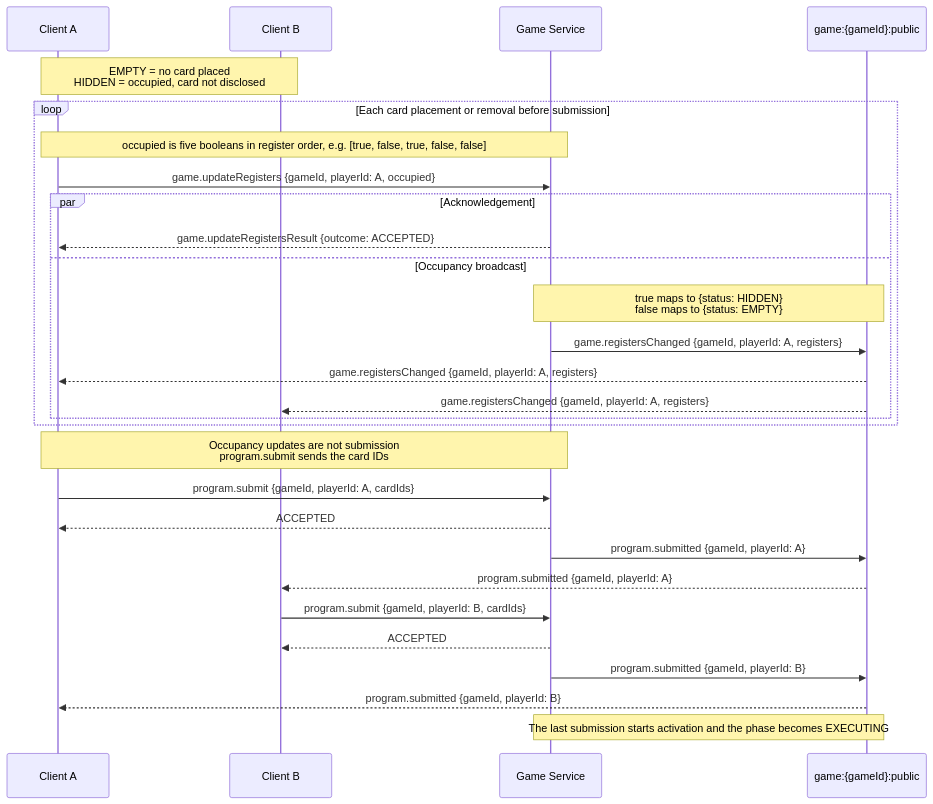
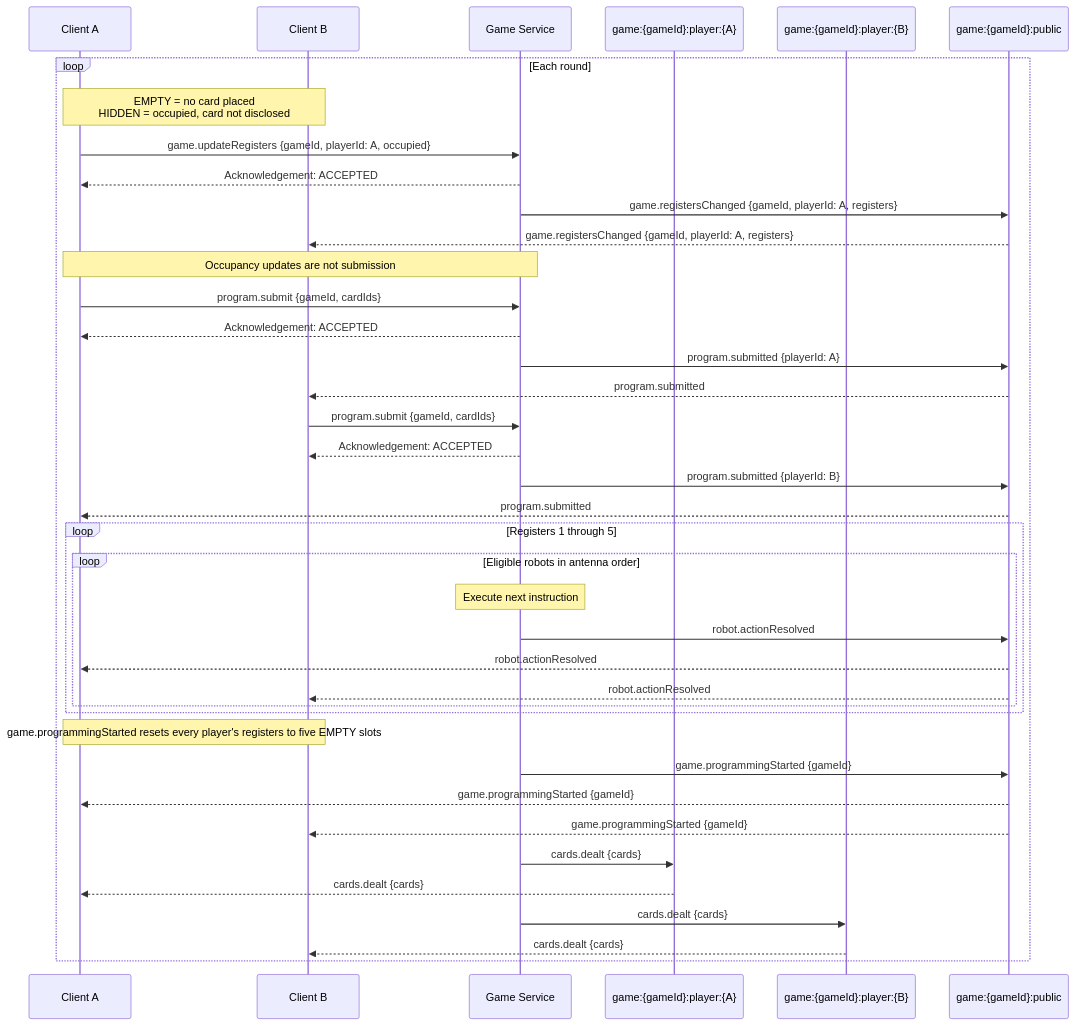
The fourth of 6 diagrams in docs/Communication.md (hananinas/RoboRally), drawn with Mermaid before and after one commit. The commit also changed other lines of this file and 2 other files, not shown here.

Commit message:
docs: rebuild the contract on main's text and fold register slots into one enum

````diff
--- a/docs/Communication.md
+++ b/docs/Communication.md
@@ -240,34 +228,44 @@
 ```mermaid
 sequenceDiagram
     participant A as Client A
     participant B as Client B
     participant Server as Game Service
+    participant PrivateA as game:{gameId}:player:{A}
+    participant PrivateB as game:{gameId}:player:{B}
     participant Public as game:{gameId}:public
 
-    Note over A,B: EMPTY = no card placed<br/>HIDDEN = occupied, card not disclosed
-    loop Each card placement or removal before submission
-        Note over A,Server: occupied is five booleans in register order, e.g. [true, false, true, false, false]
+    loop Each round
+        Note over A,B: EMPTY = no card placed<br/>HIDDEN = occupied, card not disclosed
         A->>Server: game.updateRegisters {gameId, playerId: A, occupied}
-        par Acknowledgement
-            Server-->>A: game.updateRegistersResult {outcome: ACCEPTED}
-        and Occupancy broadcast
-            Note over Server,Public: true maps to {status: HIDDEN}<br/>false maps to {status: EMPTY}
-            Server->>Public: game.registersChanged {gameId, playerId: A, registers}
-            Public-->>A: game.registersChanged {gameId, playerId: A, registers}
-            Public-->>B: game.registersChanged {gameId, playerId: A, registers}
+        Server-->>A: Acknowledgement: ACCEPTED
+        Server->>Public: game.registersChanged {gameId, playerId: A, registers}
+        Public-->>B: game.registersChanged {gameId, playerId: A, registers}
+        Note over A,Server: Occupancy updates are not submission
+        A->>Server: program.submit {gameId, cardIds}
+        Server-->>A: Acknowledgement: ACCEPTED
+        Server->>Public: program.submitted {playerId: A}
+        Public-->>B: program.submitted
+
+        B->>Server: program.submit {gameId, cardIds}
+        Server-->>B: Acknowledgement: ACCEPTED
+        Server->>Public: program.submitted {playerId: B}
+        Public-->>A: program.submitted
+        loop Registers 1 through 5
+            loop Eligible robots in antenna order
+                Note over Server: Execute next instruction
+                Server->>Public: robot.actionResolved
+                Public-->>A: robot.actionResolved
+                Public-->>B: robot.actionResolved
+            end
         end
+
+        Note over A,B: game.programmingStarted resets every player's registers to five EMPTY slots
+        Server->>Public: game.programmingStarted {gameId}
+        Public-->>A: game.programmingStarted {gameId}
+        Public-->>B: game.programmingStarted {gameId}
+        Server->>PrivateA: cards.dealt {cards}
+        PrivateA-->>A: cards.dealt {cards}
+        Server->>PrivateB: cards.dealt {cards}
+        PrivateB-->>B: cards.dealt {cards}
     end
-
-    Note over A,Server: Occupancy updates are not submission<br/>program.submit sends the card IDs
-    A->>Server: program.submit {gameId, playerId: A, cardIds}
-    Server-->>A: ACCEPTED
-    Server->>Public: program.submitted {gameId, playerId: A}
-    Public-->>B: program.submitted {gameId, playerId: A}
-
-    B->>Server: program.submit {gameId, playerId: B, cardIds}
-    Server-->>B: ACCEPTED
-    Server->>Public: program.submitted {gameId, playerId: B}
-    Public-->>A: program.submitted {gameId, playerId: B}
-
-    Note over Server,Public: The last submission starts activation and the phase becomes EXECUTING
 ```
````
